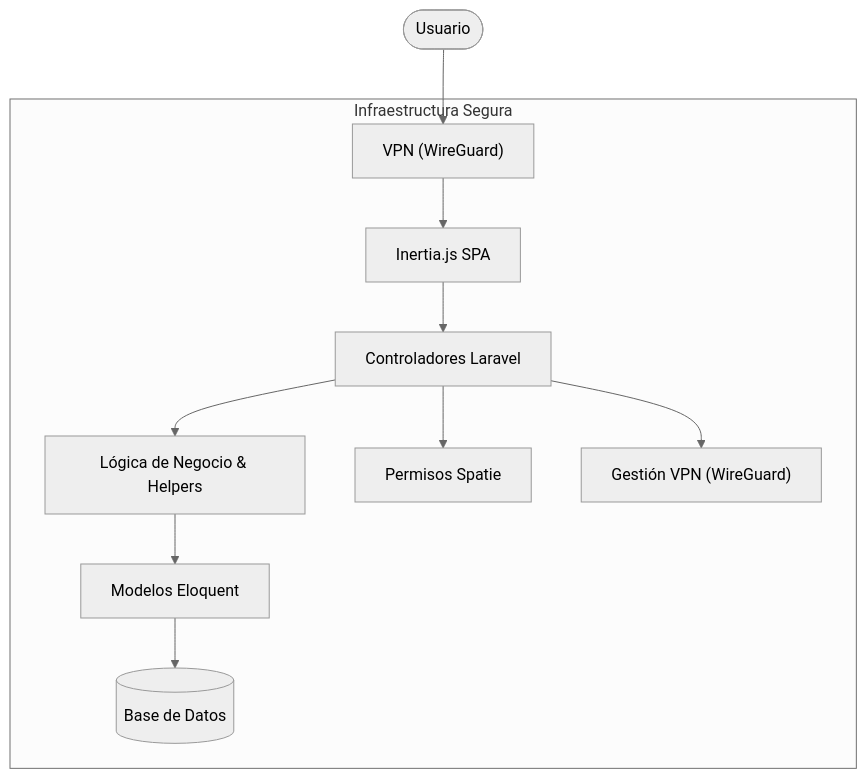
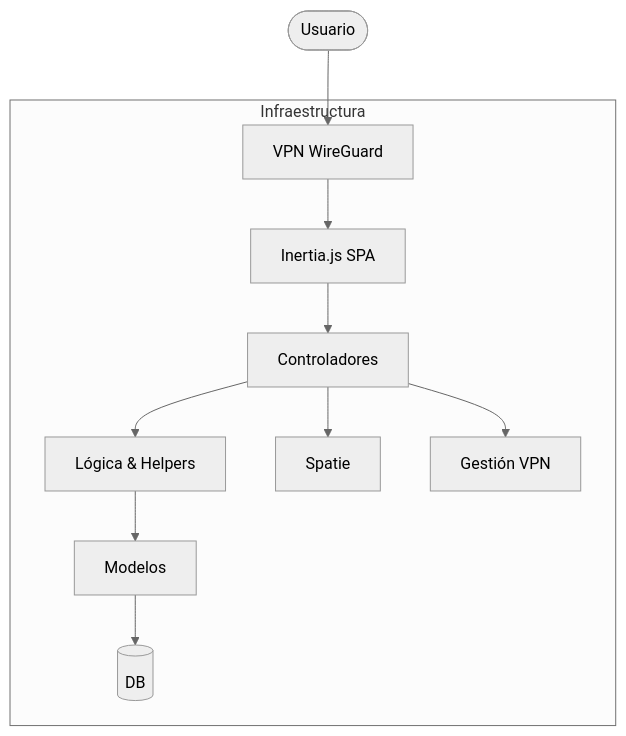
The first of 2 diagrams in README.md (francishift/Labs-Backend-FrancisV), drawn with Mermaid (neutral theme) before and after one commit. The commit also changed other lines of this file, not shown here.

Commit message:
Fix Mermaid diagram overflow in README

````diff
--- a/README.md
+++ b/README.md
@@ -49,13 +49,13 @@
 ```mermaid
 graph TD
-    User([Usuario]) --> VPN["VPN (WireGuard)"]
-    subgraph "Infraestructura Segura"
+    User([Usuario]) --> VPN["VPN WireGuard"]
+    subgraph "Infraestructura"
     VPN --> B[Inertia.js SPA]
-    B --> C[Controladores Laravel]
-    C --> D[Lógica de Negocio & Helpers]
-    D --> E[Modelos Eloquent]
-    E --> F[(Base de Datos)]
-    C --> G[Permisos Spatie]
-    C --> H["Gestión VPN (WireGuard)"]
+    B --> C[Controladores]
+    C --> D[Lógica & Helpers]
+    D --> E[Modelos]
+    E --> F[(DB)]
+    C --> G[Spatie]
+    C --> H[Gestión VPN]
     end
 ```
````
